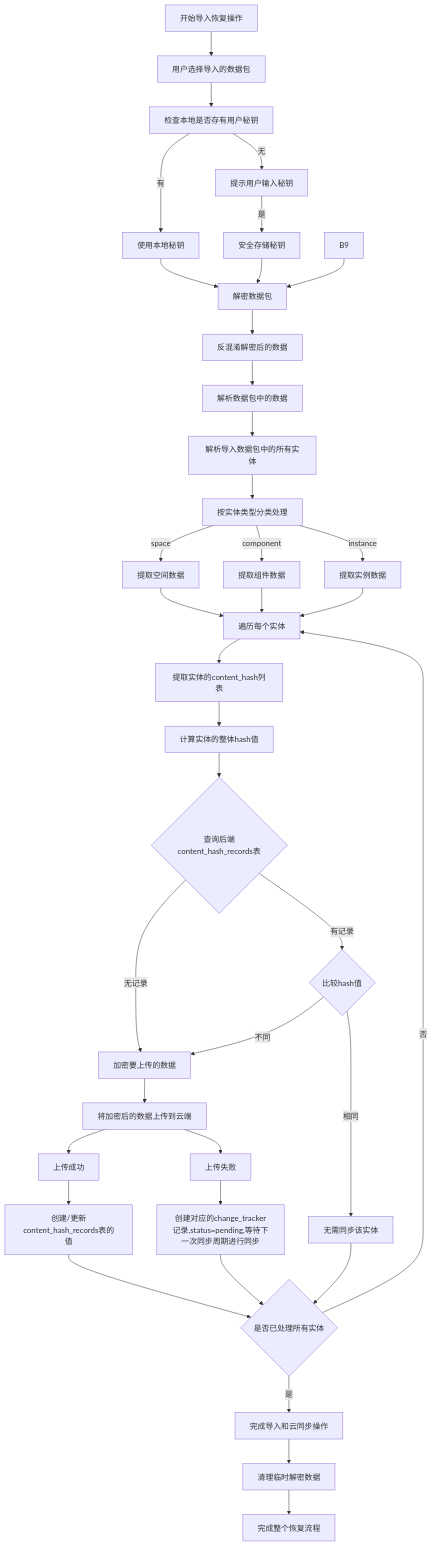
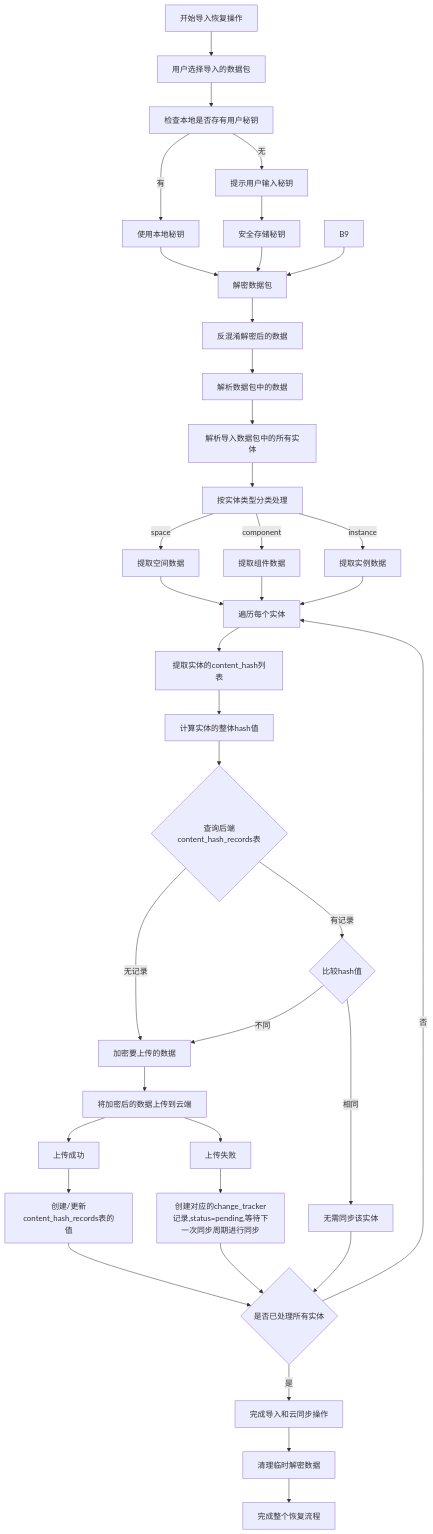
Before and after one commit to yingjianzh/iodraw-files: the diagram in all/未命名-44.md, drawn with Mermaid.

Commit message:
2025-04-27 17:54:13 update

````diff
--- a/all/未命名-44.md
+++ b/all/未命名-44.md
@@ -1,58 +1,58 @@
 ```mermaid
 flowchart TD
     A[开始导入恢复操作] --> B[用户选择导入的数据包]
     B --> B1[检查本地是否存有用户秘钥]
     
     B1 -->|有| B3[使用本地秘钥]
     B1 -->|无| B4[提示用户输入秘钥]
     
-    B4 -->|是| B8[安全存储秘钥]
+    B4 -->B8[安全存储秘钥]
     
     
     B3 --> B10[解密数据包]
     B8 --> B10
     B9 --> B10
     
     B10 --> B11[反混淆解密后的数据]
     B11 --> C[解析数据包中的数据]
     
     C --> D[解析导入数据包中的所有实体]
     D --> G[按实体类型分类处理]
     
     G -->|space| H1[提取空间数据]
     G -->|component| H2[提取组件数据]
     G -->|instance| H3[提取实例数据]
     
     H1 --> I[遍历每个实体]
     H2 --> I
     H3 --> I
     
     I --> J[提取实体的content_hash列表]
     J --> K[计算实体的整体hash值]
     
     K --> L{查询后端content_hash_records表}
     L -->|无记录| M1[加密要上传的数据]
     M1 --> M1a[将加密后的数据上传到云端]
     M1a --> N1[上传成功]
     M1a --> N2[上传失败]
     
     N2 --> N3[创建对应的change_tracker记录,status=pending,等待下一次同步周期进行同步]
     N3 --> S
     N1 --> M4[创建/更新content_hash_records表的值]
 
 
     L -->|有记录| M2{比较hash值}
     M2 -->|不同| M1
 
     M2 -->|相同| M3[无需同步该实体]
     
     
     M3 --> S{是否已处理所有实体}
     M4 --> S{是否已处理所有实体}
     
     S -->|否| I
     S -->|是| T[完成导入和云同步操作]
     
     T --> U[清理临时解密数据]
     U --> V[完成整个恢复流程]
 ```
````
